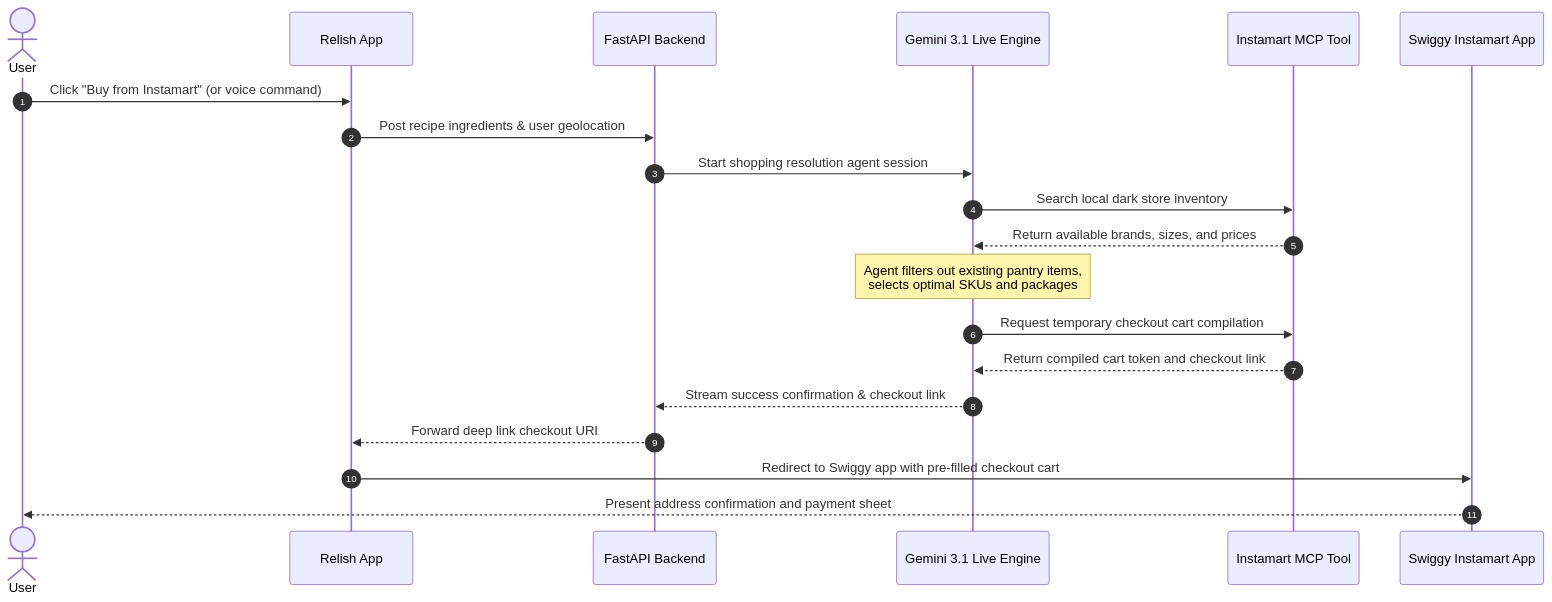
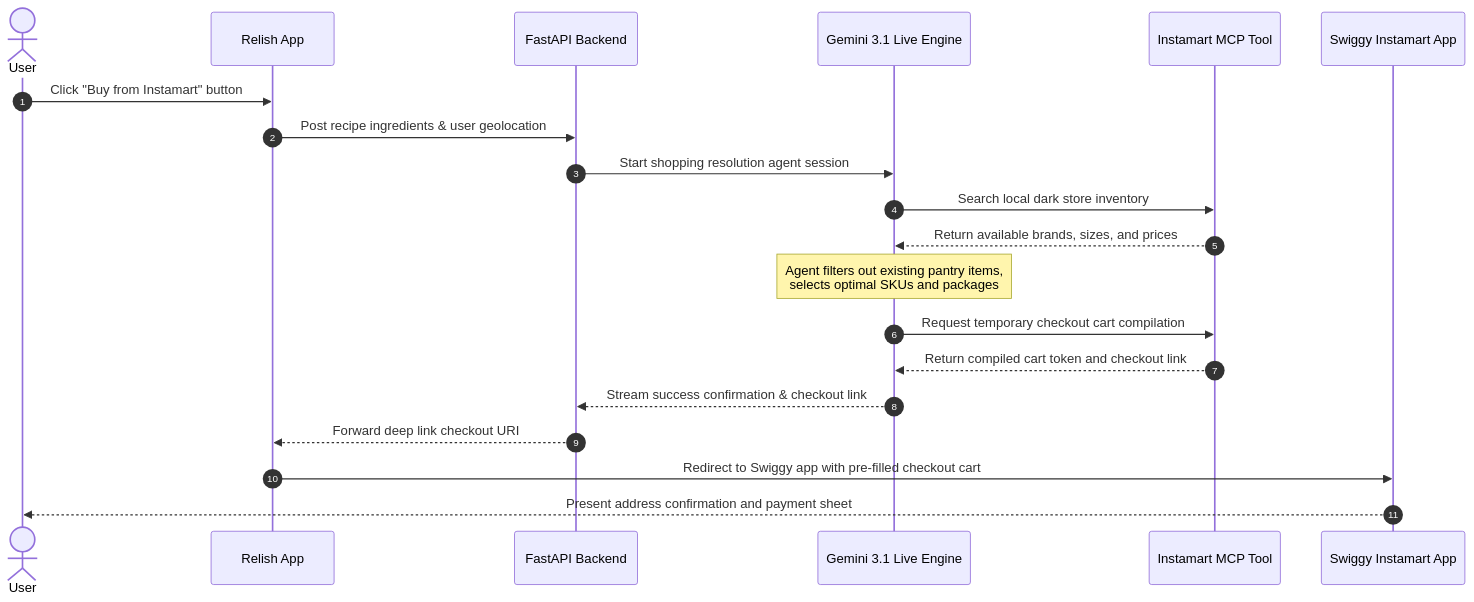
The diagram in README.md (ashmit0920/relish-instamart), drawn with Mermaid before and after one commit. The commit also changed other lines of this file and 1 other file, not shown here.

````diff
--- a/README.md
+++ b/README.md
@@ -75,23 +78,23 @@
 ```mermaid
 sequenceDiagram
     autonumber
     actor User
     participant App as Relish App
     participant API as FastAPI Backend
     participant Gemini as Gemini 3.1 Live Engine
     participant Tool as Instamart MCP Tool
     participant Swiggy as Swiggy Instamart App
 
-    User->>App: Click "Buy from Instamart" (or voice command)
+    User->>App: Click "Buy from Instamart" button
     App->>API: Post recipe ingredients & user geolocation
     API->>Gemini: Start shopping resolution agent session
     Gemini->>Tool: Search local dark store inventory
     Tool-->>Gemini: Return available brands, sizes, and prices
     Note over Gemini: Agent filters out existing pantry items,<br/>selects optimal SKUs and packages
     Gemini->>Tool: Request temporary checkout cart compilation
     Tool-->>Gemini: Return compiled cart token and checkout link
     Gemini-->>API: Stream success confirmation & checkout link
     API-->>App: Forward deep link checkout URI
     App->>Swiggy: Redirect to Swiggy app with pre-filled checkout cart
     Swiggy-->>User: Present address confirmation and payment sheet
 ```
````
